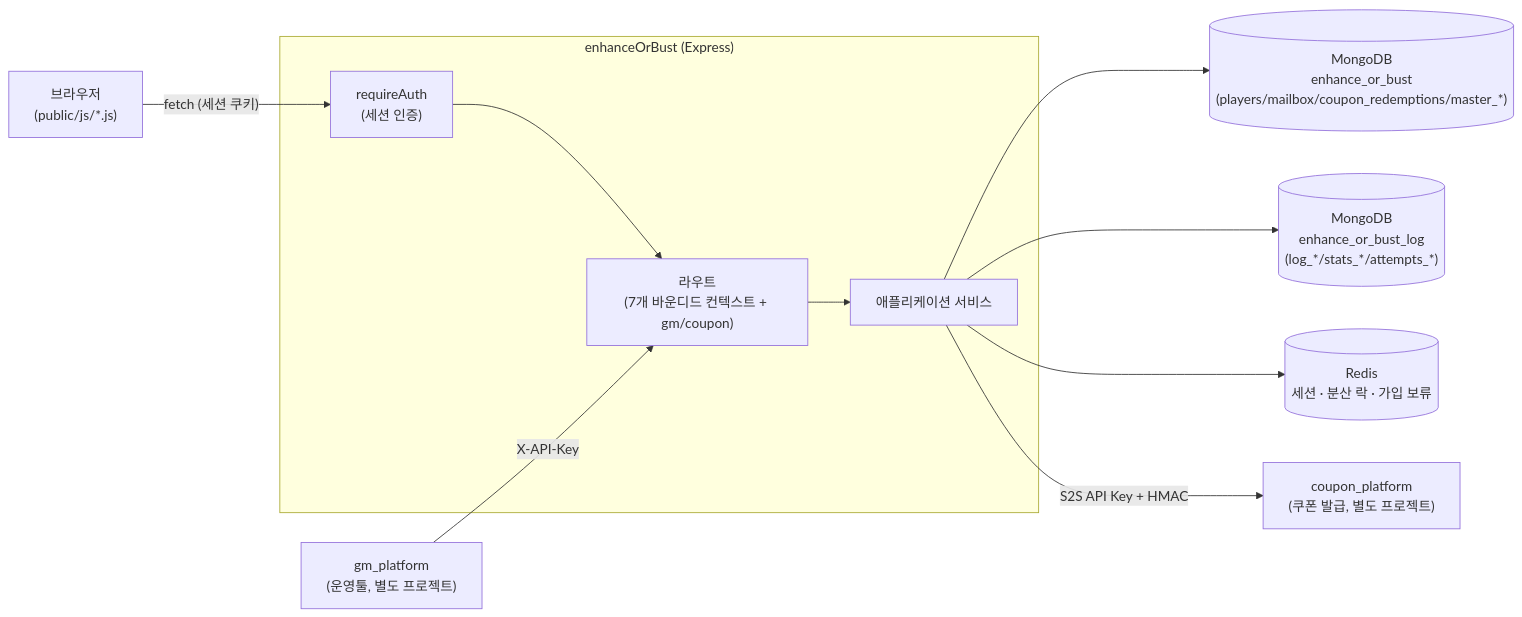
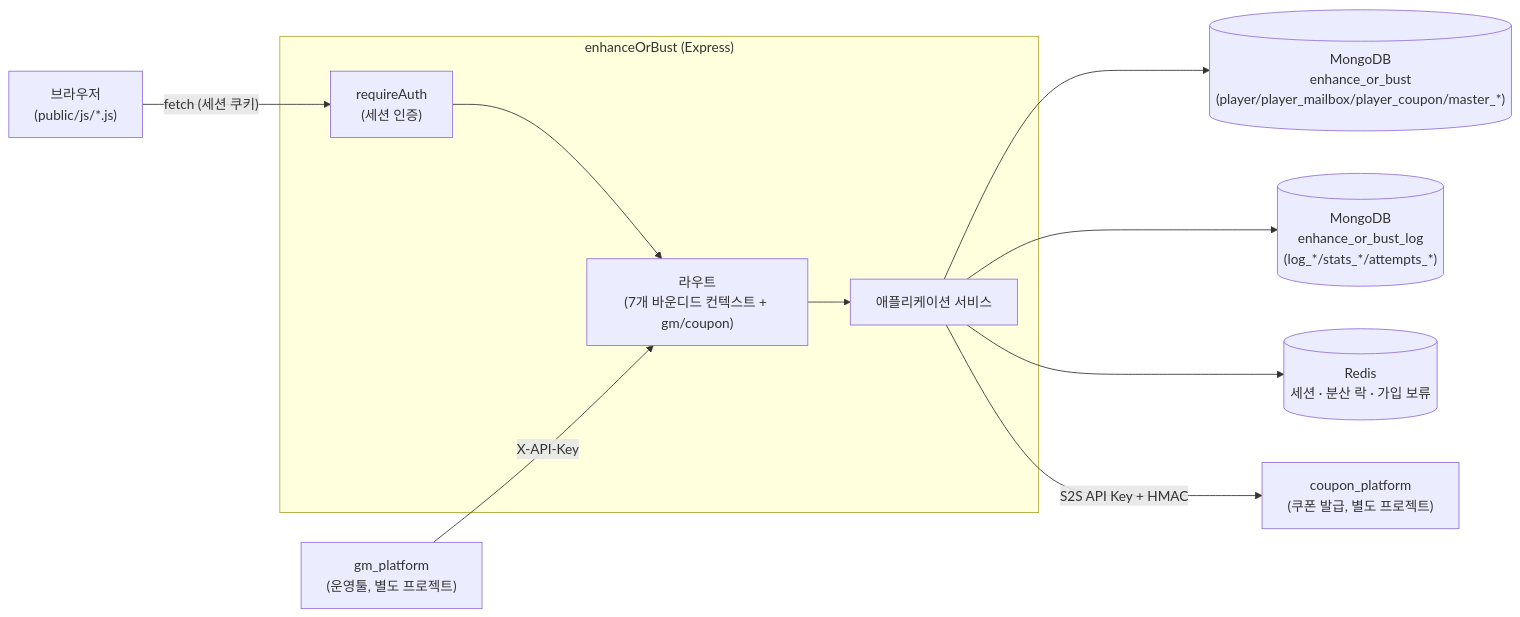
Before and after one commit to trisakion0500/enhance-or-bust: the diagram in README.md, drawn with Mermaid. The commit also changed other lines of this file and 26 other files, not shown here.

Commit message:
출석부 로테이션 in-place 리셋 재설계, 신규/복귀유저 대상 출석부 추가, gm_platform 출석 감사로그 조회 API 신규, 런타임 쓰기 컬렉션에 player_ 프리픽스 부여(players/mailbox/coupon_redemptions/attendance_instances -> player/player_mailbox/player_coupon/player_attendance)

````diff
--- a/README.md
+++ b/README.md
@@ -126,24 +126,24 @@
 ```mermaid
 graph LR
     browser["브라우저\n(public/js/*.js)"]
 
     subgraph enhanceOrBust["enhanceOrBust (Express)"]
         auth["requireAuth\n(세션 인증)"]
         routes["라우트\n(7개 바운디드 컨텍스트 + gm/coupon)"]
         services["애플리케이션 서비스"]
     end
 
-    mongo[("MongoDB\nenhance_or_bust\n(players/mailbox/coupon_redemptions/master_*)")]
+    mongo[("MongoDB\nenhance_or_bust\n(player/player_mailbox/player_coupon/master_*)")]
     mongoLog[("MongoDB\nenhance_or_bust_log\n(log_*/stats_*/attempts_*)")]
     redis[("Redis\n세션 · 분산 락 · 가입 보류")]
 
     gmPlatform["gm_platform\n(운영툴, 별도 프로젝트)"]
     couponPlatform["coupon_platform\n(쿠폰 발급, 별도 프로젝트)"]
 
     browser -->|"fetch (세션 쿠키)"| auth --> routes --> services
     services --> mongo
     services --> mongoLog
     services --> redis
     gmPlatform -->|"X-API-Key"| routes
     services -->|"S2S API Key + HMAC"| couponPlatform
 ```
````
